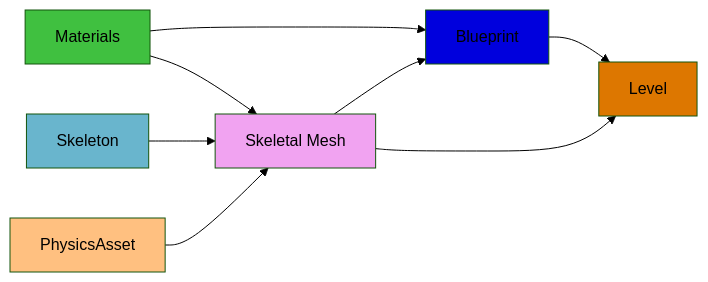
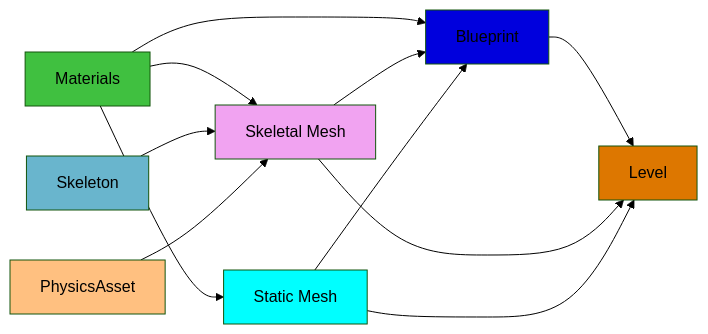
One commit to MissouriMRDT/RoveSoSimulator changed the diagram in _docs/unreal/uassets.md. Above: the diagram before and after it, drawn with Mermaid (forest theme).

Commit message:
Update uassets.md
added static mesh to mermaid

````diff
--- a/_docs/unreal/uassets.md
+++ b/_docs/unreal/uassets.md
@@ -48,17 +48,21 @@
 ```mermaid
 graph LR
 Material[Materials] --> SkeletalMesh
 Material --> Blueprint
+Material --> StaticMesh
 Skeleton[Skeleton] --> SkeletalMesh[SkeletalMesh]
 PhysicsAsset --> SkeletalMesh[SkeletalMesh]
+Blueprint[Blueprint] --> Level[Level]
 SkeletalMesh["Skeletal Mesh"] --> Blueprint
-Blueprint[Blueprint] --> Level[Level]
 SkeletalMesh["Skeletal Mesh"] --> Level[Level]
+StaticMesh["Static Mesh"] --> Blueprint
+StaticMesh["Static Mesh"] --> Level[Level]
 
 style Material fill:#40c040,color:#000000
 style SkeletalMesh fill:#f1a3f1,color:#000000
+style StaticMesh fill:#00ffff,color:#000000
 style Skeleton fill:#69b5cd,color:#000000
 style PhysicsAsset fill:#ffc080,color:#000000
 style Blueprint fill:#0000DD
 style Level fill:#DD7700,color:#000000
 ```
````
